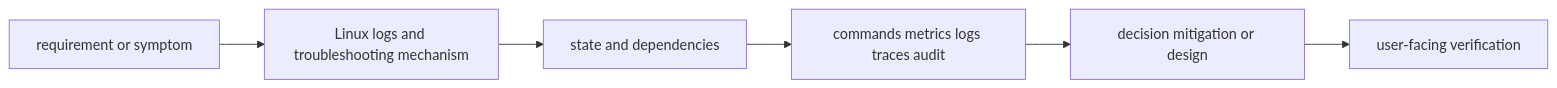
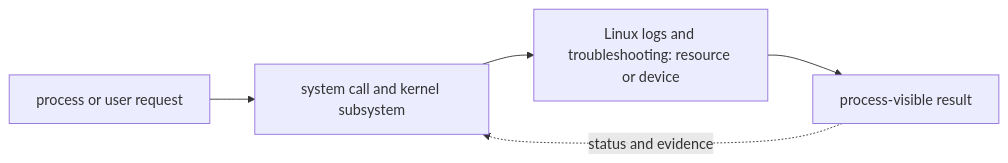
Before and after one commit to tomkidumbuyo/DevOps-interview-preparation: the diagram in 02-linux/11-linux-logs-and-troubleshooting/README.md, drawn with Mermaid. The commit also changed other lines of this file and 753 other files, not shown here.

````diff
--- a/02-linux/11-linux-logs-and-troubleshooting/README.md
+++ b/02-linux/11-linux-logs-and-troubleshooting/README.md
@@ -21,8 +31,7 @@
 ```mermaid
 flowchart LR
-  R[requirement or symptom] --> M[Linux logs and troubleshooting mechanism]
-  M --> S[state and dependencies]
-  S --> O[commands metrics logs traces audit]
-  O --> D[decision mitigation or design]
-  D --> V[user-facing verification]
+  A["process or user request"] --> B["system call and kernel subsystem"]
+  B --> C["Linux logs and troubleshooting: resource or device"]
+  C --> D["process-visible result"]
+  D -. "status and evidence" .-> B
 ```
````
